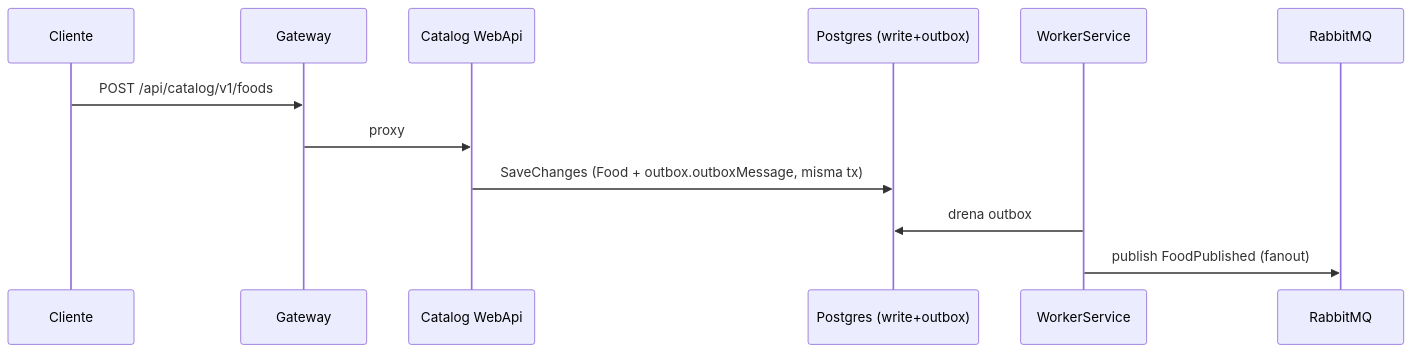
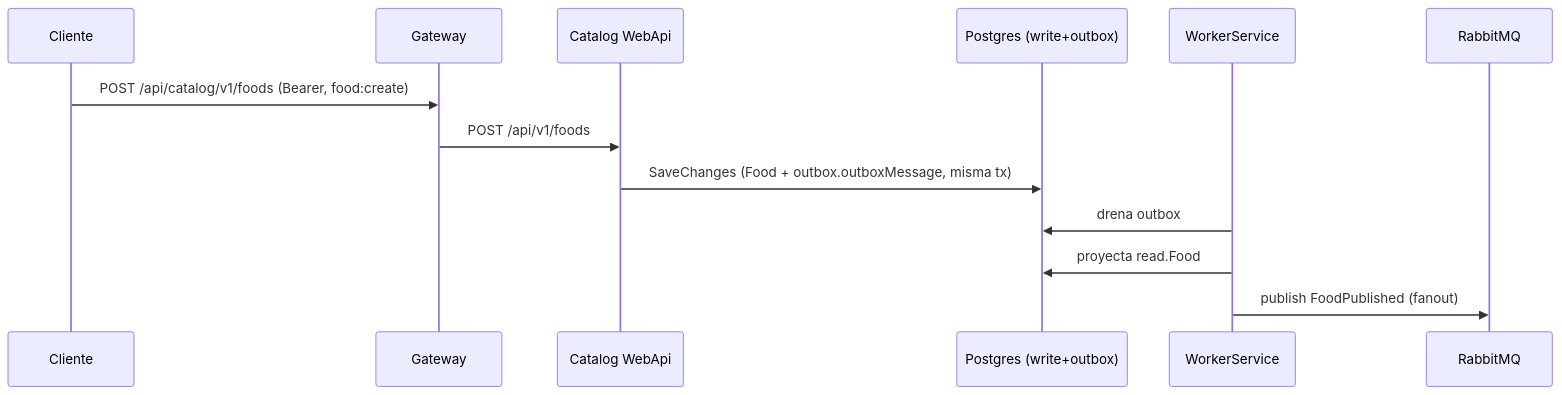
Before and after one commit to Nur-tricenter/knowledge: the first of 5 diagrams in services/ms2-catalog/flows.md, drawn with Mermaid. The commit also changed other lines of this file and 10 other files, not shown here.

````diff
--- a/services/ms2-catalog/flows.md
+++ b/services/ms2-catalog/flows.md
@@ -4,14 +17,15 @@
 ```mermaid
 sequenceDiagram
   participant C as Cliente
   participant GW as Gateway
   participant API as Catalog WebApi
   participant DB as Postgres (write+outbox)
   participant W as WorkerService
   participant MQ as RabbitMQ
-  C->>GW: POST /api/catalog/v1/foods
-  GW->>API: proxy
+  C->>GW: POST /api/catalog/v1/foods (Bearer, food:create)
+  GW->>API: POST /api/v1/foods
   API->>DB: SaveChanges (Food + outbox.outboxMessage, misma tx)
   W->>DB: drena outbox
+  W->>DB: proyecta read.Food
   W->>MQ: publish FoodPublished (fanout)
 ```
````
